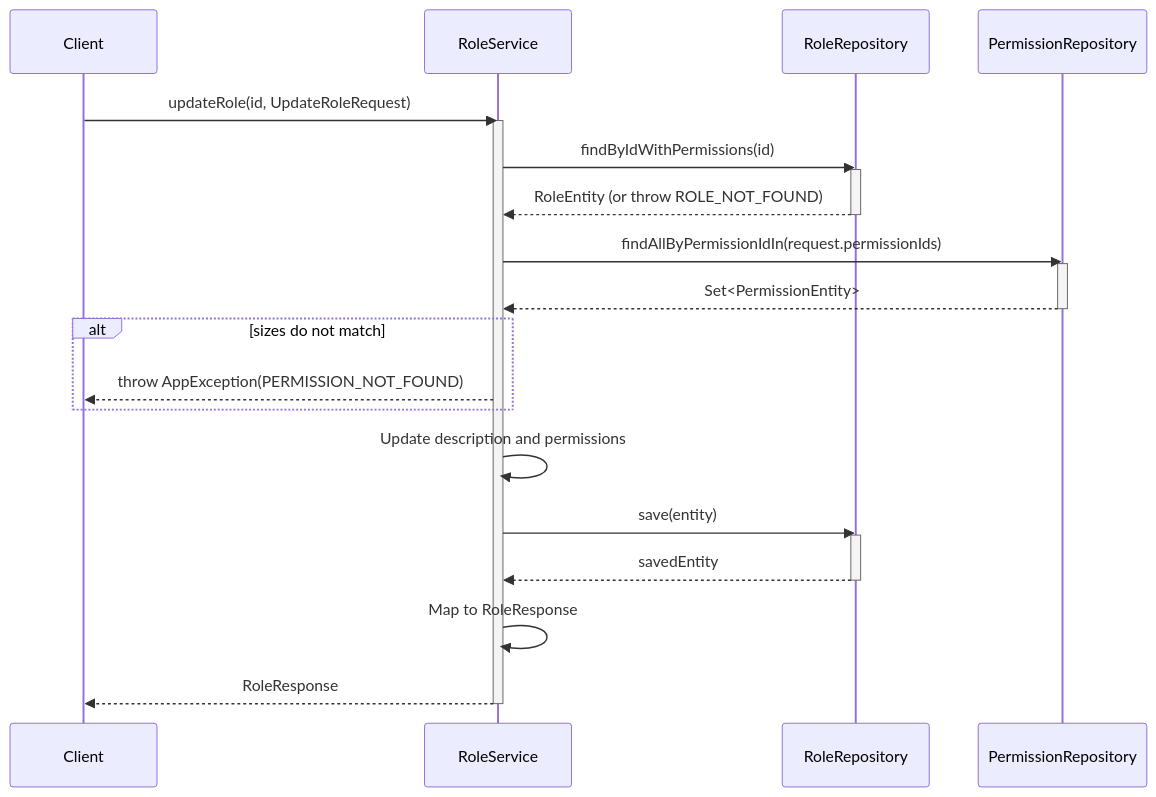
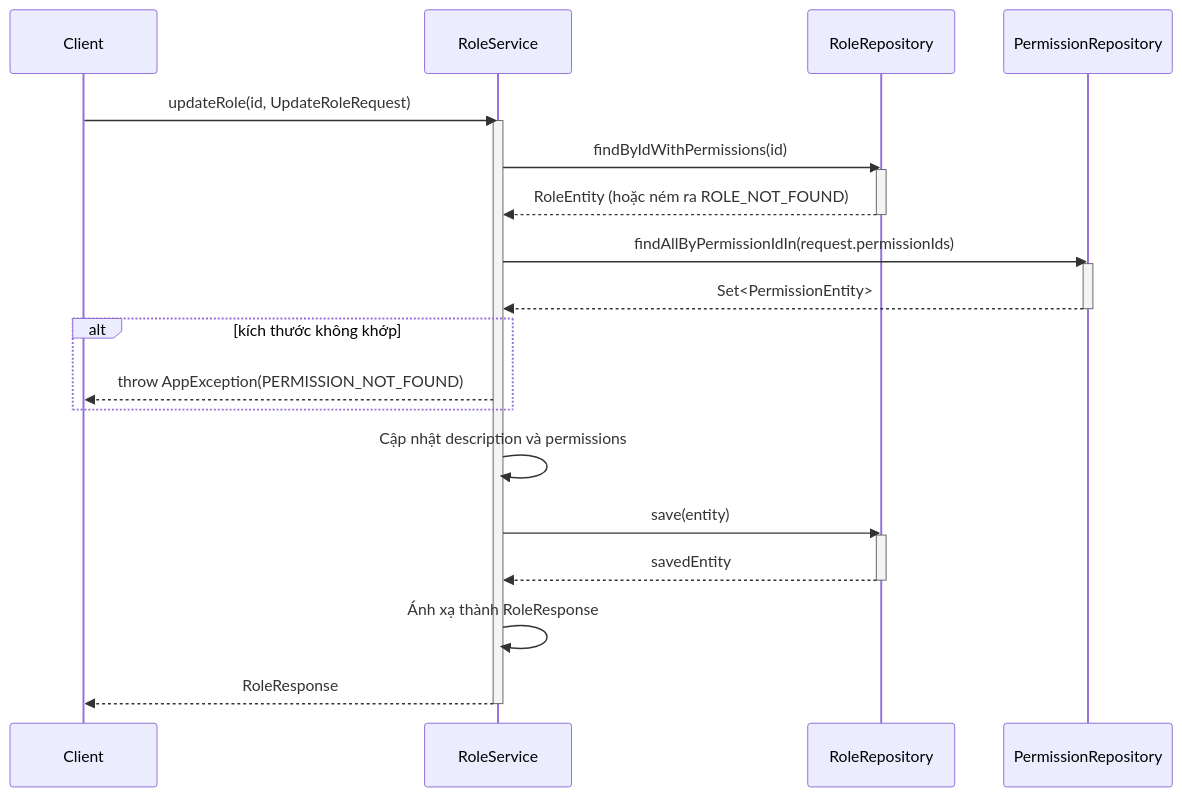
The eighth of 9 diagrams in .agent/sequence/rbac_services_sequence_diagrams.md (aquoc09/easymall), drawn with Mermaid before and after one commit. The commit also changed other lines of this file and 18 other files, not shown here.

Commit message:
UPDATE: Sequence diagram vietnamese

````diff
--- a/.agent/sequence/rbac_services_sequence_diagrams.md
+++ b/.agent/sequence/rbac_services_sequence_diagrams.md
@@ -213,36 +213,36 @@
 ```mermaid
 sequenceDiagram
     participant Client
     participant RoleService
     participant RoleRepository
     participant PermissionRepository
 
     Client->>RoleService: updateRole(id, UpdateRoleRequest)
     activate RoleService
 
     RoleService->>RoleRepository: findByIdWithPermissions(id)
     activate RoleRepository
-    RoleRepository-->>RoleService: RoleEntity (or throw ROLE_NOT_FOUND)
+    RoleRepository-->>RoleService: RoleEntity (hoặc ném ra ROLE_NOT_FOUND)
     deactivate RoleRepository
 
     RoleService->>PermissionRepository: findAllByPermissionIdIn(request.permissionIds)
     activate PermissionRepository
     PermissionRepository-->>RoleService: Set<PermissionEntity>
     deactivate PermissionRepository
 
-    alt sizes do not match
+    alt kích thước không khớp
         RoleService-->>Client: throw AppException(PERMISSION_NOT_FOUND)
     end
 
-    RoleService->>RoleService: Update description and permissions
+    RoleService->>RoleService: Cập nhật description và permissions
     
     RoleService->>RoleRepository: save(entity)
     activate RoleRepository
     RoleRepository-->>RoleService: savedEntity
     deactivate RoleRepository
 
-    RoleService->>RoleService: Map to RoleResponse
+    RoleService->>RoleService: Ánh xạ thành RoleResponse
     
     RoleService-->>Client: RoleResponse
     deactivate RoleService
 ```
````
